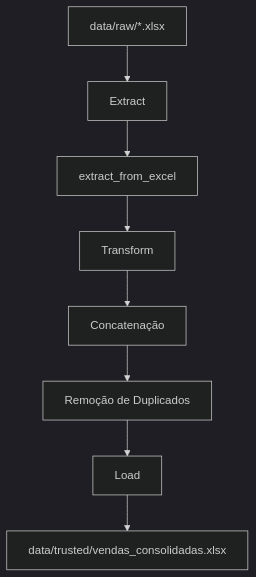
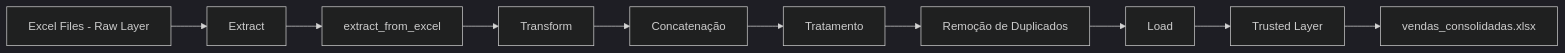
One commit to eduardohnsantos/sales-etl-pipeline changed the diagram in docs/index.md. Above: the diagram before and after it, drawn with Mermaid (dark theme). The commit also changed other lines of this file and 17 other files, not shown here.

````diff
--- a/docs/index.md
+++ b/docs/index.md
@@ -9,13 +14,16 @@
 ```mermaid
-flowchart TD
+flowchart LR
 
-A[data/raw/*.xlsx] --> B[Extract]
+A[Excel Files - Raw Layer] --> B[Extract]
 B --> C[extract_from_excel]
 
 C --> D[Transform]
 D --> E[Concatenação]
-E --> F[Remoção de Duplicados]
+E --> F[Tratamento]
+F --> G[Remoção de Duplicados]
 
-F --> G[Load]
-G --> H[data/trusted/vendas_consolidadas.xlsx]
+G --> H[Load]
+H --> I[Trusted Layer]
+
+I --> J[vendas_consolidadas.xlsx]
 ```
````
